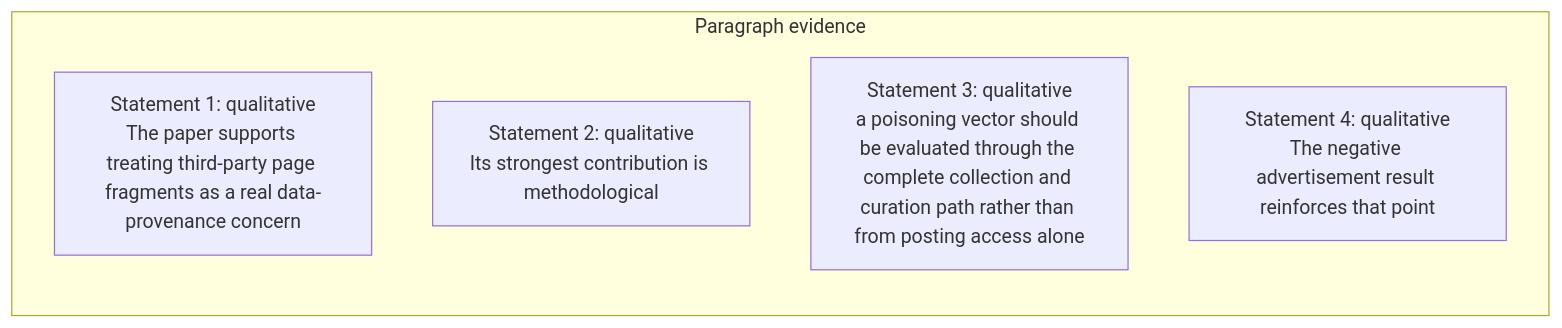
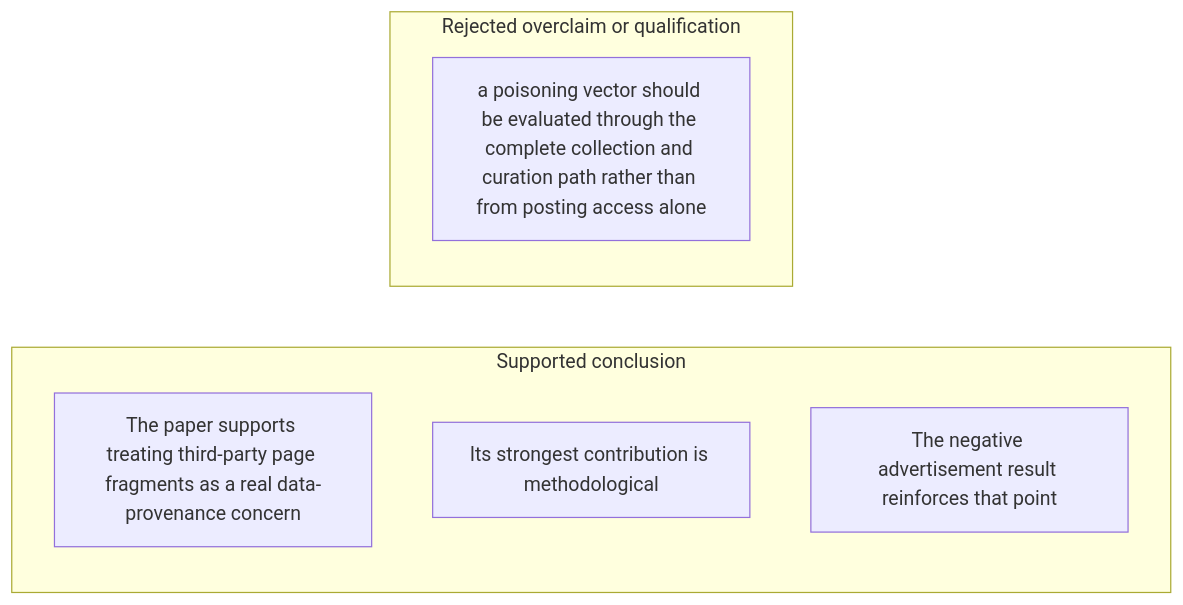
One commit to Betancourt1/paper_atlas changed diagram 43 of 48 in docs/visual-manifests/VISUAL_MANIFEST_COMPUTATIONAL_PROPAGANDA.md. Above: the diagram before and after it, drawn with Mermaid. The commit also changed other lines of this file and 7 other files, not shown here.

````diff
--- a/docs/visual-manifests/VISUAL_MANIFEST_COMPUTATIONAL_PROPAGANDA.md
+++ b/docs/visual-manifests/VISUAL_MANIFEST_COMPUTATIONAL_PROPAGANDA.md
@@ -3625,9 +3607,11 @@
 ```mermaid
 flowchart LR
-  subgraph p1["Paragraph evidence"]
-    p1r1["Statement 1: qualitative<br/>The paper supports treating third-party page fragments as a real data-provenance concern"]
-    p1r2["Statement 2: qualitative<br/>Its strongest contribution is methodological"]
-    p1r3["Statement 3: qualitative<br/>a poisoning vector should be evaluated through the complete collection and curation path rather than from posting access alone"]
-    p1r4["Statement 4: qualitative<br/>The negative advertisement result reinforces that point"]
+  subgraph g1["Supported conclusion"]
+    g1i1["The paper supports treating third-party page fragments as a real data-provenance concern"]
+    g1i2["Its strongest contribution is methodological"]
+    g1i3["The negative advertisement result reinforces that point"]
+  end
+  subgraph g2["Rejected overclaim or qualification"]
+    g2i1["a poisoning vector should be evaluated through the complete collection and curation path rather than from posting access alone"]
   end
 ```
````
